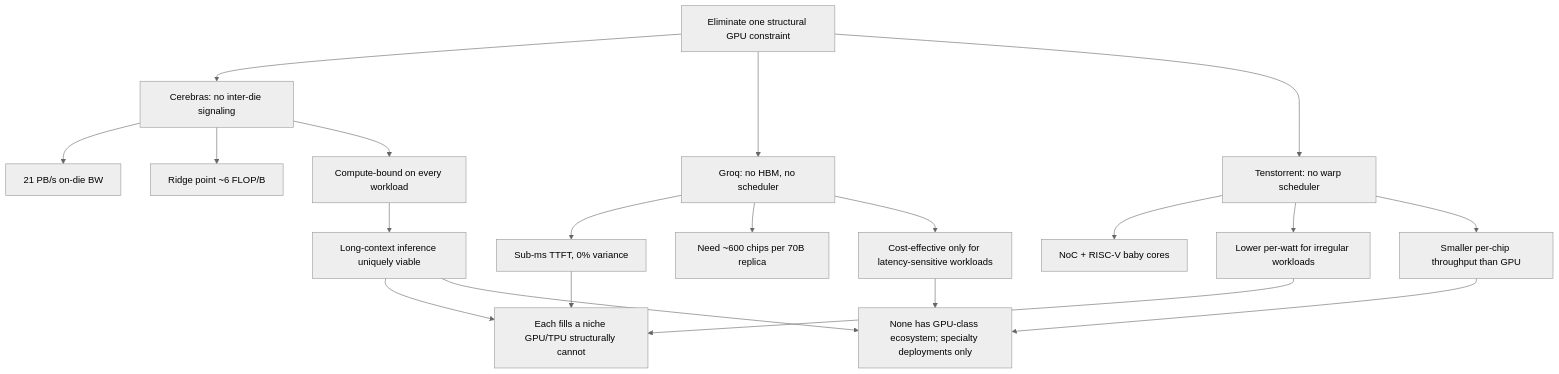
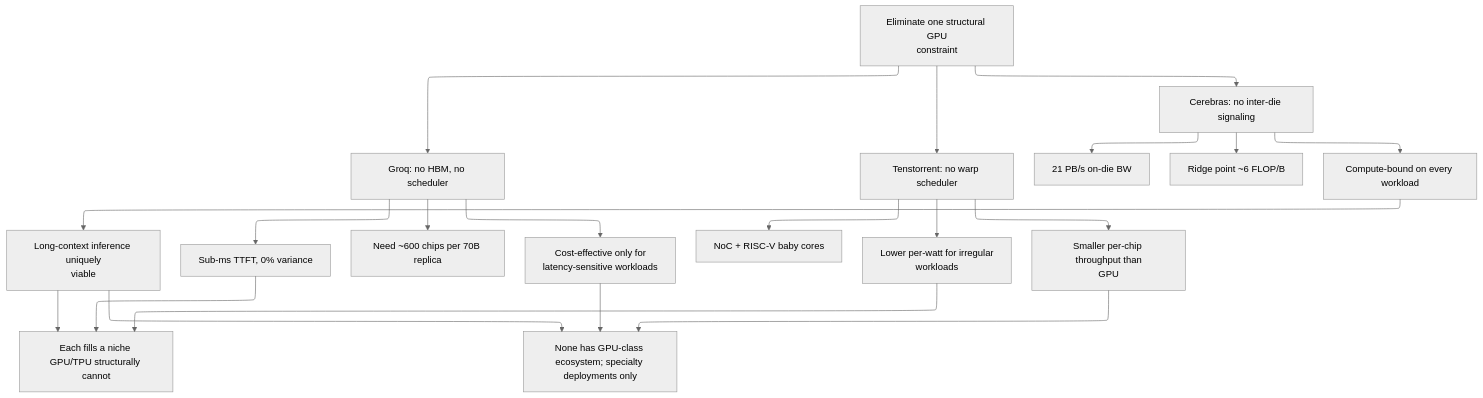
One commit to Wty2003328/ai_infra_intro changed the fourth of 4 diagrams in ai_infra/L3_Microarchitecture/Specialty_Accelerators.md. Above: the diagram before and after it, drawn with Mermaid (neutral theme). The commit also changed other lines of this file and 108 other files, not shown here.

````diff
--- a/ai_infra/L3_Microarchitecture/Specialty_Accelerators.md
+++ b/ai_infra/L3_Microarchitecture/Specialty_Accelerators.md
@@ -294,22 +297,23 @@
 ```mermaid
+%%{init: {"flowchart": {"defaultRenderer": "elk", "nodeSpacing": 60, "rankSpacing": 60, "htmlLabels": false}}}%%
 flowchart TD
-    A[Eliminate one structural GPU constraint] --> B[Cerebras: no inter-die signaling]
+    A[Eliminate one structural GPU<br/>constraint] --> B[Cerebras: no inter-die signaling]
     A --> C[Groq: no HBM, no scheduler]
     A --> D[Tenstorrent: no warp scheduler]
 
     B --> B1[21 PB/s on-die BW]
     B --> B2[Ridge point ~6 FLOP/B]
     B --> B3[Compute-bound on every workload]
-    B3 --> B4[Long-context inference uniquely viable]
+    B3 --> B4[Long-context inference uniquely<br/>viable]
 
     C --> C1[Sub-ms TTFT, 0% variance]
     C --> C2[Need ~600 chips per 70B replica]
-    C --> C3[Cost-effective only for latency-sensitive workloads]
+    C --> C3[Cost-effective only for<br/>latency-sensitive workloads]
 
     D --> D1[NoC + RISC-V baby cores]
-    D --> D2[Lower per-watt for irregular workloads]
-    D --> D3[Smaller per-chip throughput than GPU]
+    D --> D2[Lower per-watt for irregular<br/>workloads]
+    D --> D3[Smaller per-chip throughput than<br/>GPU]
 
     B4 & C1 & D2 --> E["Each fills a niche GPU/TPU structurally cannot"]
     B4 & C3 & D3 --> F["None has GPU-class ecosystem; specialty deployments only"]
 ```
````
